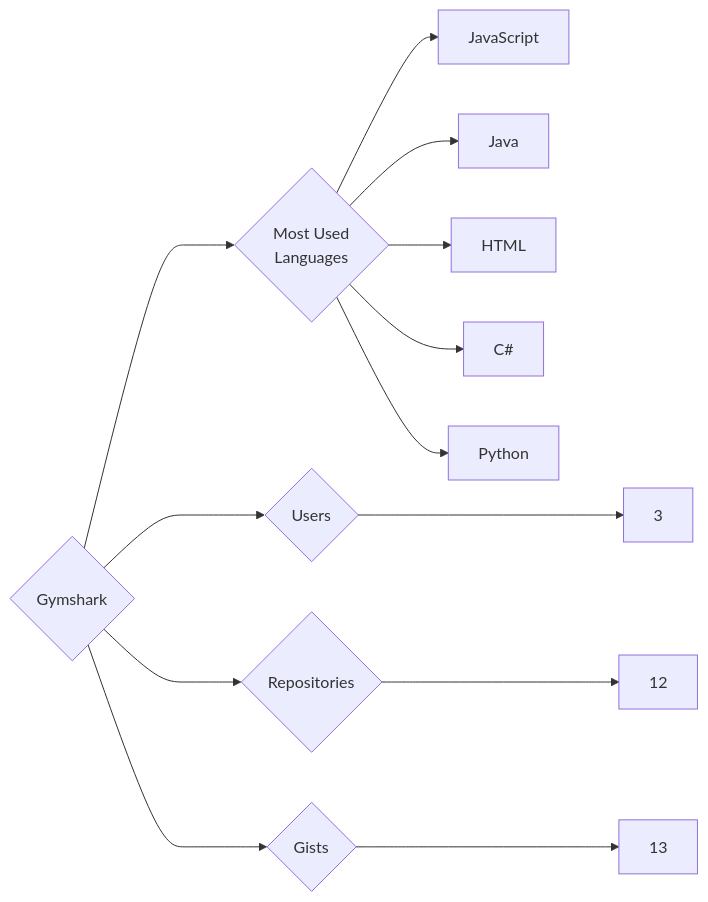
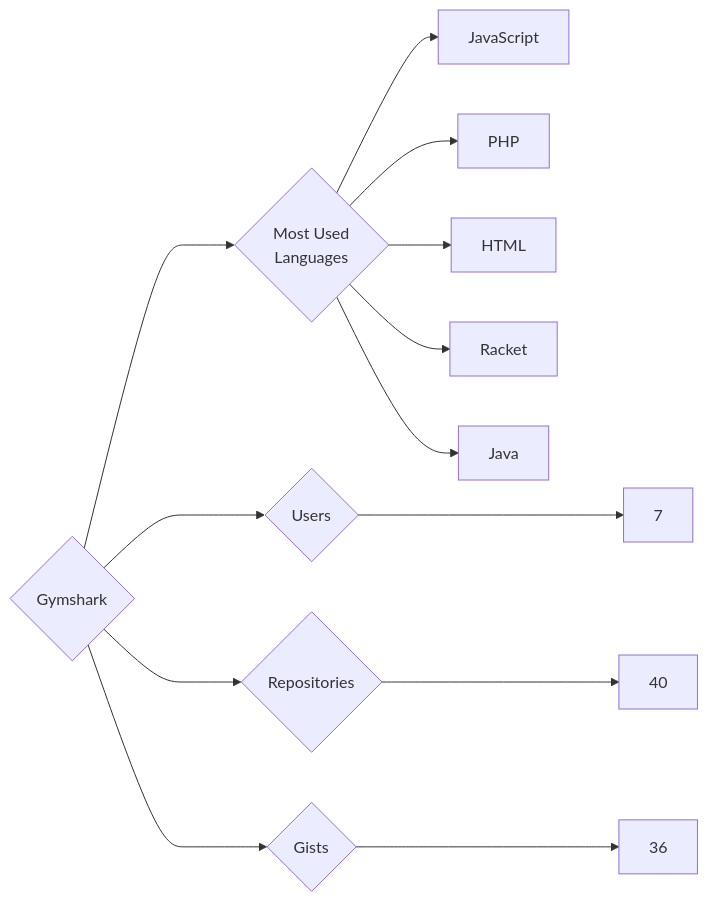
One commit to trickest/insiders changed the diagram in targets/Gymshark/README.md. Above: the diagram before and after it, drawn with Mermaid. The commit also changed 933 other files, not shown here.

````diff
--- a/targets/Gymshark/README.md
+++ b/targets/Gymshark/README.md
@@ -3,13 +3,13 @@
 ```mermaid
 graph LR
 COMPANY_NAME{Gymshark}
-COMPANY_NAME ---> U{Users} ---> UN[3]
-COMPANY_NAME ---> R{Repositories} ---> RN[12]
-COMPANY_NAME ---> G{Gists} ---> GN[13]
+COMPANY_NAME ---> U{Users} ---> UN[7]
+COMPANY_NAME ---> R{Repositories} ---> RN[40]
+COMPANY_NAME ---> G{Gists} ---> GN[36]
 COMPANY_NAME ---> ML{Most Used<br>Languages}
 ML --> JavaScript[JavaScript]
+ML --> PHP[PHP]
+ML --> HTML[HTML]
+ML --> Racket[Racket]
 ML --> Java[Java]
-ML --> HTML[HTML]
-ML --> C#[C#]
-ML --> Python[Python]
 ```
````
